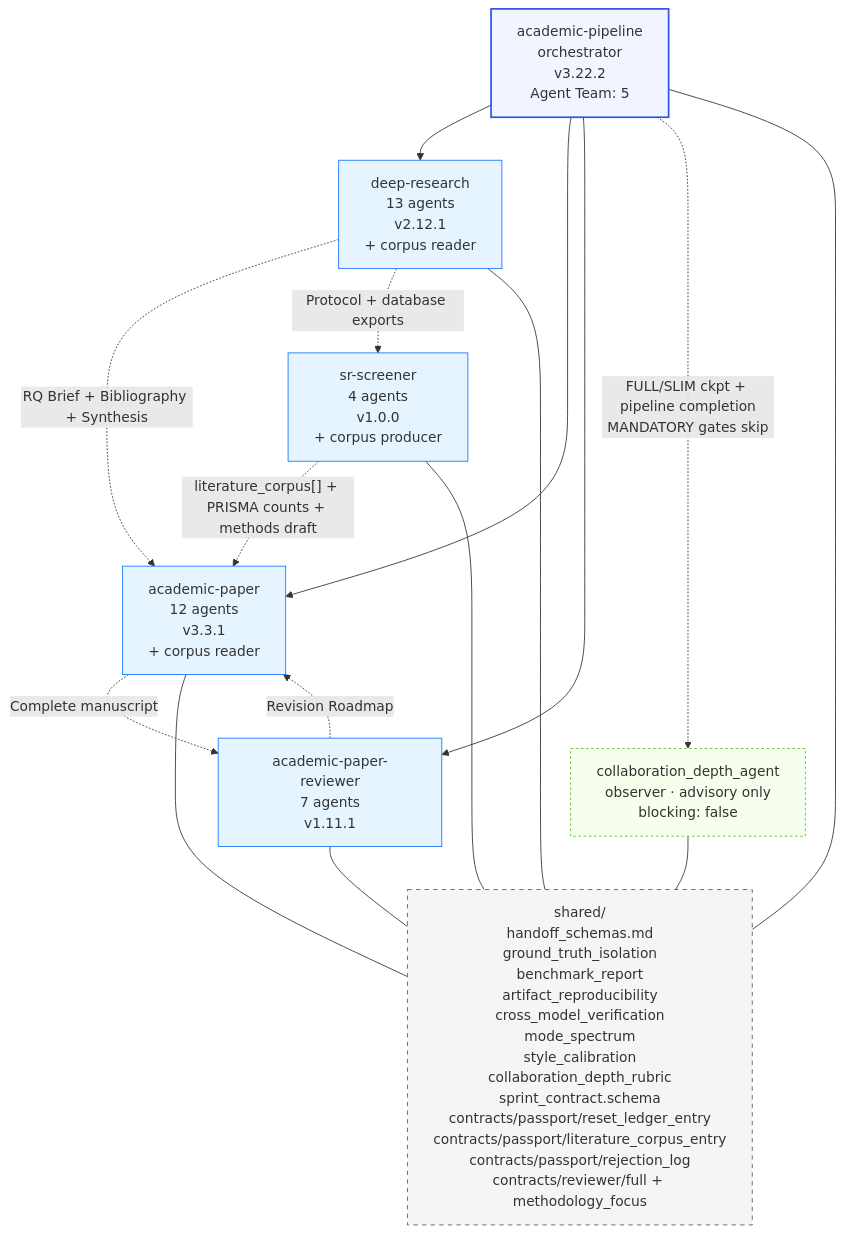
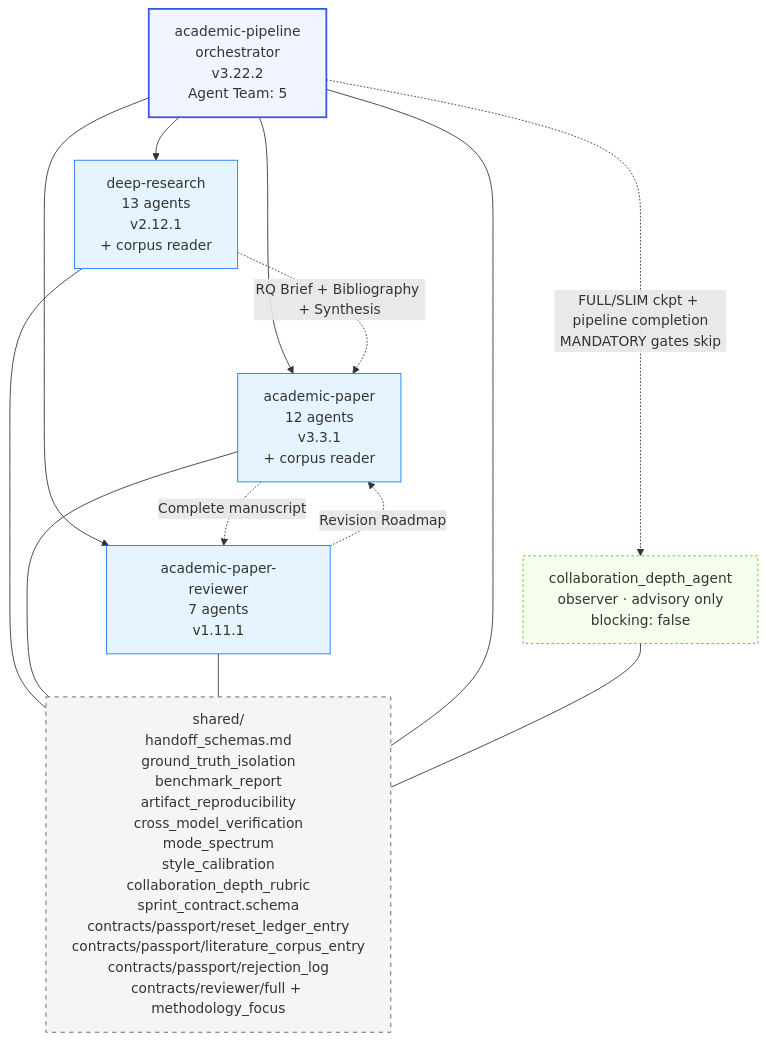
Before and after one commit to Imbad0202/academic-research-skills: the fourth of 5 diagrams in docs/ARCHITECTURE.md, drawn with Mermaid. The commit also changed other lines of this file and 46 other files, not shown here.

Commit message:
chore(sr-screener): keep only the skill folder; drop repo-wide registration changes

````diff
--- a/docs/ARCHITECTURE.md
+++ b/docs/ARCHITECTURE.md
@@ -220,35 +218,31 @@
 ```mermaid
 graph TD
     Pipeline[academic-pipeline<br/>orchestrator<br/>v3.22.2<br/>Agent Team: 5]
     Observer[collaboration_depth_agent<br/>observer · advisory only<br/>blocking: false]
     DR[deep-research<br/>13 agents<br/>v2.12.1<br/>+ corpus reader]
     AP[academic-paper<br/>12 agents<br/>v3.3.1<br/>+ corpus reader]
     APR[academic-paper-reviewer<br/>7 agents<br/>v1.11.1]
-    SRS[sr-screener<br/>4 agents<br/>v1.0.0<br/>+ corpus producer]
     Shared[shared/<br/>handoff_schemas.md<br/>ground_truth_isolation<br/>benchmark_report<br/>artifact_reproducibility<br/>cross_model_verification<br/>mode_spectrum<br/>style_calibration<br/>collaboration_depth_rubric<br/>sprint_contract.schema<br/>contracts/passport/reset_ledger_entry<br/>contracts/passport/literature_corpus_entry<br/>contracts/passport/rejection_log<br/>contracts/reviewer/full + methodology_focus]
 
     Pipeline --> DR
     Pipeline --> AP
     Pipeline --> APR
     Pipeline -. "FULL/SLIM ckpt + pipeline completion<br/>MANDATORY gates skip" .-> Observer
     DR -. "RQ Brief + Bibliography + Synthesis" .-> AP
     AP -. "Complete manuscript" .-> APR
     APR -. "Revision Roadmap" .-> AP
-    DR -. "Protocol + database exports" .-> SRS
-    SRS -. "literature_corpus[] + PRISMA counts + methods draft" .-> AP
     DR --- Shared
     AP --- Shared
     APR --- Shared
     Pipeline --- Shared
     Observer --- Shared
-    SRS --- Shared
 
     classDef orch fill:#f0f5ff,stroke:#2f54eb,stroke-width:2px
     classDef skill fill:#e6f4ff,stroke:#1677ff
     classDef shared fill:#f5f5f5,stroke:#595959,stroke-dasharray:5 5
     classDef observer fill:#f6ffed,stroke:#52c41a,stroke-dasharray:3 3
     class Pipeline orch
-    class DR,AP,APR,SRS skill
+    class DR,AP,APR skill
     class Shared shared
     class Observer observer
 ```
````
